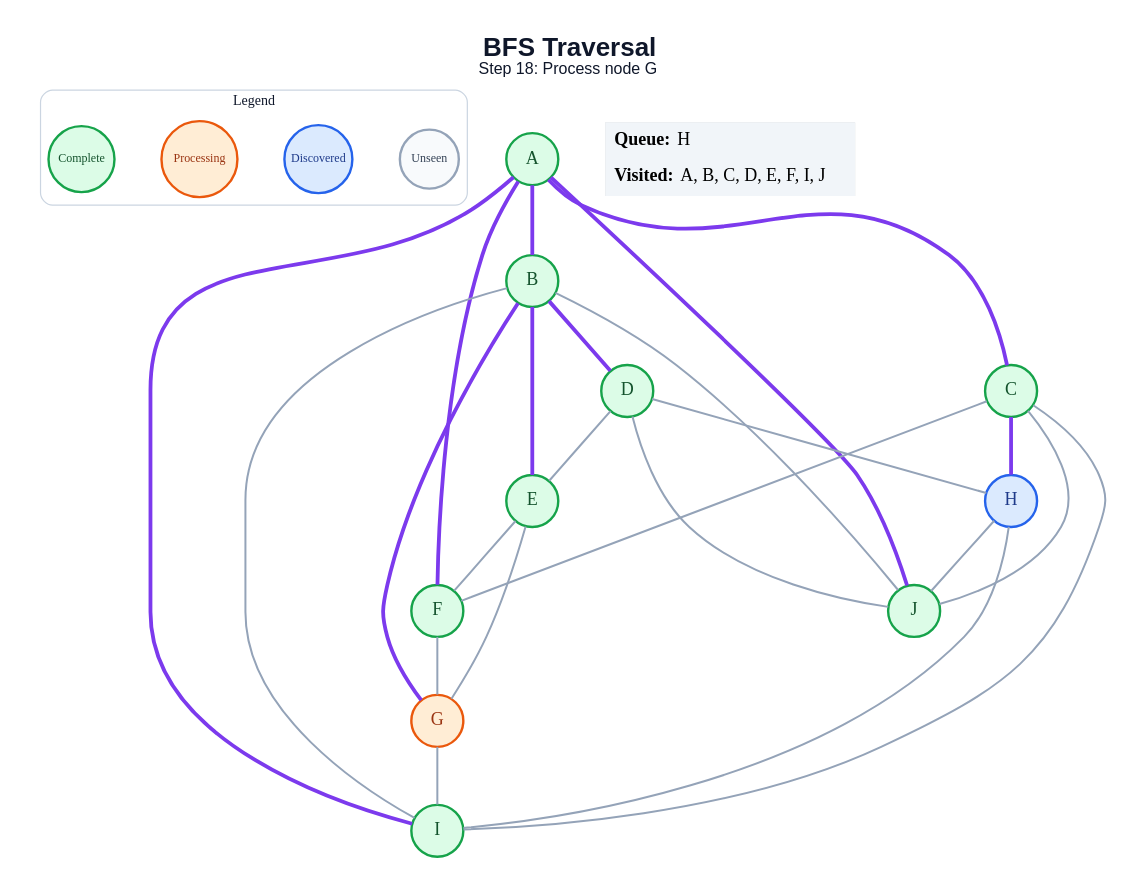
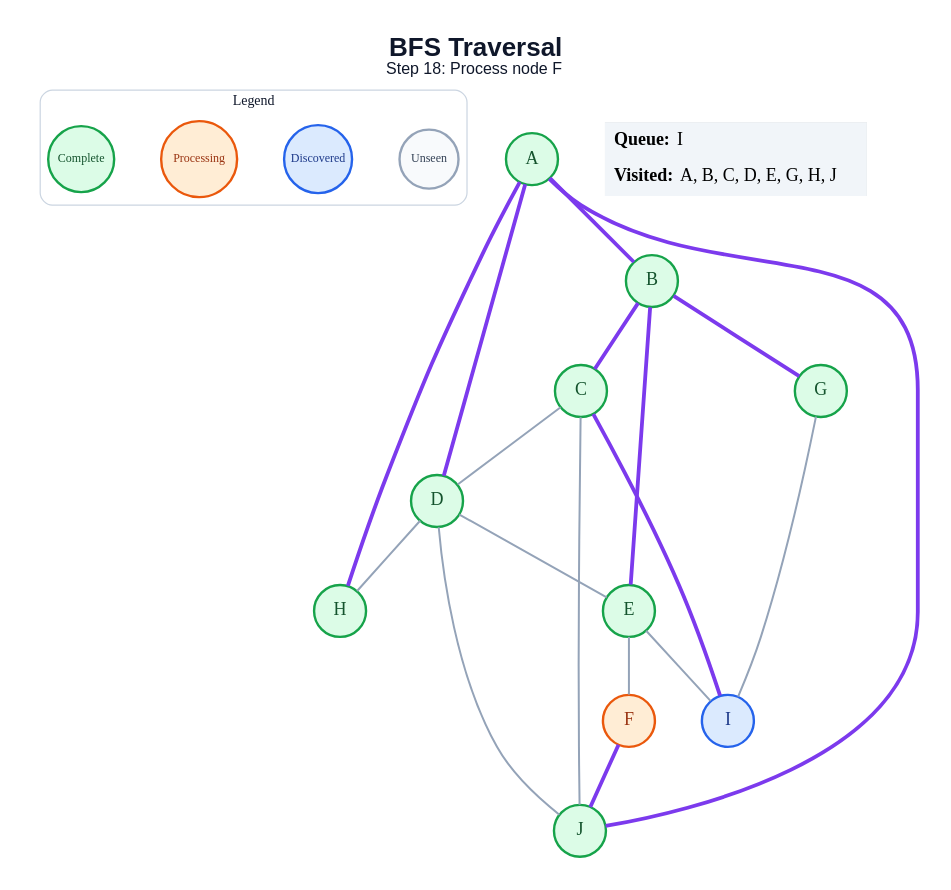
The diagram in generated/bfs/step_18.dot (amanghodawala9/ai-slop), drawn with Graphviz before and after one commit. The commit also changed 178 other files, not shown here.

```diff
--- a/generated/bfs/step_18.dot
+++ b/generated/bfs/step_18.dot
@@ -1,52 +1,46 @@
 graph traversal {
   graph [layout=dot, rankdir=TB, bgcolor="#FFFFFF", pad="0.35", nodesep="0.65", ranksep="0.8", fontname="Arial"];
   node [shape=circle, style="filled", fontname="Arial Bold", fontsize=18, width=0.72, fixedsize=true, penwidth=2.4];
   edge [color="#94A3B8", penwidth=2.0];
-  label=<<B>BFS Traversal</B><BR/><FONT POINT-SIZE="16">Step 18: Process node G</FONT>>; labelloc="t"; fontsize=26; fontname="Arial"; fontcolor="#0F172A";
+  label=<<B>BFS Traversal</B><BR/><FONT POINT-SIZE="16">Step 18: Process node F</FONT>>; labelloc="t"; fontsize=26; fontname="Arial"; fontcolor="#0F172A";
   subgraph cluster_legend { label="Legend"; color="#CBD5E1"; penwidth=1.2; style="rounded"; fontsize=14; fontname="Arial Bold";
     key_unseen [label="Unseen", fillcolor="#F8FAFC", color="#94A3B8", fontcolor="#334155", fontsize=12, width=0.82];
     key_frontier [label="Discovered", fillcolor="#DBEAFE", color="#2563EB", fontcolor="#1E3A8A", fontsize=12, width=0.95];
     key_current [label="Processing", fillcolor="#FFEDD5", color="#EA580C", fontcolor="#9A3412", fontsize=12, width=1.05];
     key_done [label="Complete", fillcolor="#DCFCE7", color="#16A34A", fontcolor="#14532D", fontsize=12, width=0.92];
     { rank=same; key_unseen; key_frontier; key_current; key_done; }
   }
   A [fillcolor="#DCFCE7", color="#16A34A", fontcolor="#14532D"];
   B [fillcolor="#DCFCE7", color="#16A34A", fontcolor="#14532D"];
   C [fillcolor="#DCFCE7", color="#16A34A", fontcolor="#14532D"];
   D [fillcolor="#DCFCE7", color="#16A34A", fontcolor="#14532D"];
   E [fillcolor="#DCFCE7", color="#16A34A", fontcolor="#14532D"];
-  F [fillcolor="#DCFCE7", color="#16A34A", fontcolor="#14532D"];
-  G [fillcolor="#FFEDD5", color="#EA580C", fontcolor="#9A3412"];
-  H [fillcolor="#DBEAFE", color="#2563EB", fontcolor="#1E3A8A"];
-  I [fillcolor="#DCFCE7", color="#16A34A", fontcolor="#14532D"];
+  F [fillcolor="#FFEDD5", color="#EA580C", fontcolor="#9A3412"];
+  G [fillcolor="#DCFCE7", color="#16A34A", fontcolor="#14532D"];
+  H [fillcolor="#DCFCE7", color="#16A34A", fontcolor="#14532D"];
+  I [fillcolor="#DBEAFE", color="#2563EB", fontcolor="#1E3A8A"];
   J [fillcolor="#DCFCE7", color="#16A34A", fontcolor="#14532D"];
   A -- B [color="#7C3AED", penwidth=3.8];
-  A -- C [color="#7C3AED", penwidth=3.8];
-  A -- F [color="#7C3AED", penwidth=3.8];
-  A -- I [color="#7C3AED", penwidth=3.8];
+  A -- D [color="#7C3AED", penwidth=3.8];
+  A -- H [color="#7C3AED", penwidth=3.8];
   A -- J [color="#7C3AED", penwidth=3.8];
-  B -- D [color="#7C3AED", penwidth=3.8];
+  B -- C [color="#7C3AED", penwidth=3.8];
   B -- E [color="#7C3AED", penwidth=3.8];
   B -- G [color="#7C3AED", penwidth=3.8];
-  B -- I;
-  B -- J;
-  C -- F;
-  C -- H [color="#7C3AED", penwidth=3.8];
-  C -- I;
+  C -- D;
+  C -- I [color="#7C3AED", penwidth=3.8];
   C -- J;
   D -- E;
   D -- H;
   D -- J;
   E -- F;
-  E -- G;
-  F -- G;
+  E -- I;
+  F -- J [color="#7C3AED", penwidth=3.8];
   G -- I;
-  H -- I;
-  H -- J;
   status [shape=plain, fixedsize=false, width=0, height=0, margin=0, label=<
     <TABLE BORDER="0" CELLBORDER="0" CELLPADDING="7" BGCOLOR="#F1F5F9">
-      <TR><TD ALIGN="LEFT"><B>Queue:</B> H</TD></TR>
-      <TR><TD ALIGN="LEFT"><B>Visited:</B> A, B, C, D, E, F, I, J</TD></TR>
+      <TR><TD ALIGN="LEFT"><B>Queue:</B> I</TD></TR>
+      <TR><TD ALIGN="LEFT"><B>Visited:</B> A, B, C, D, E, G, H, J</TD></TR>
     </TABLE>
   >];
 }
```
